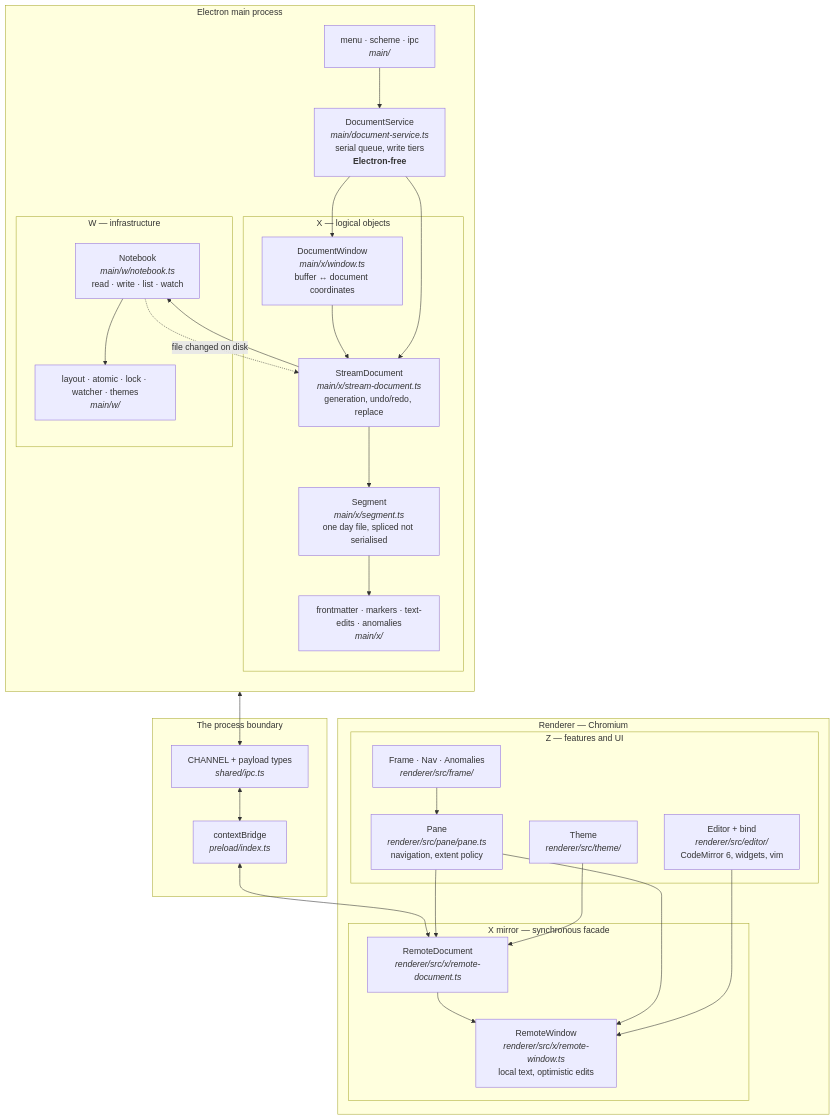
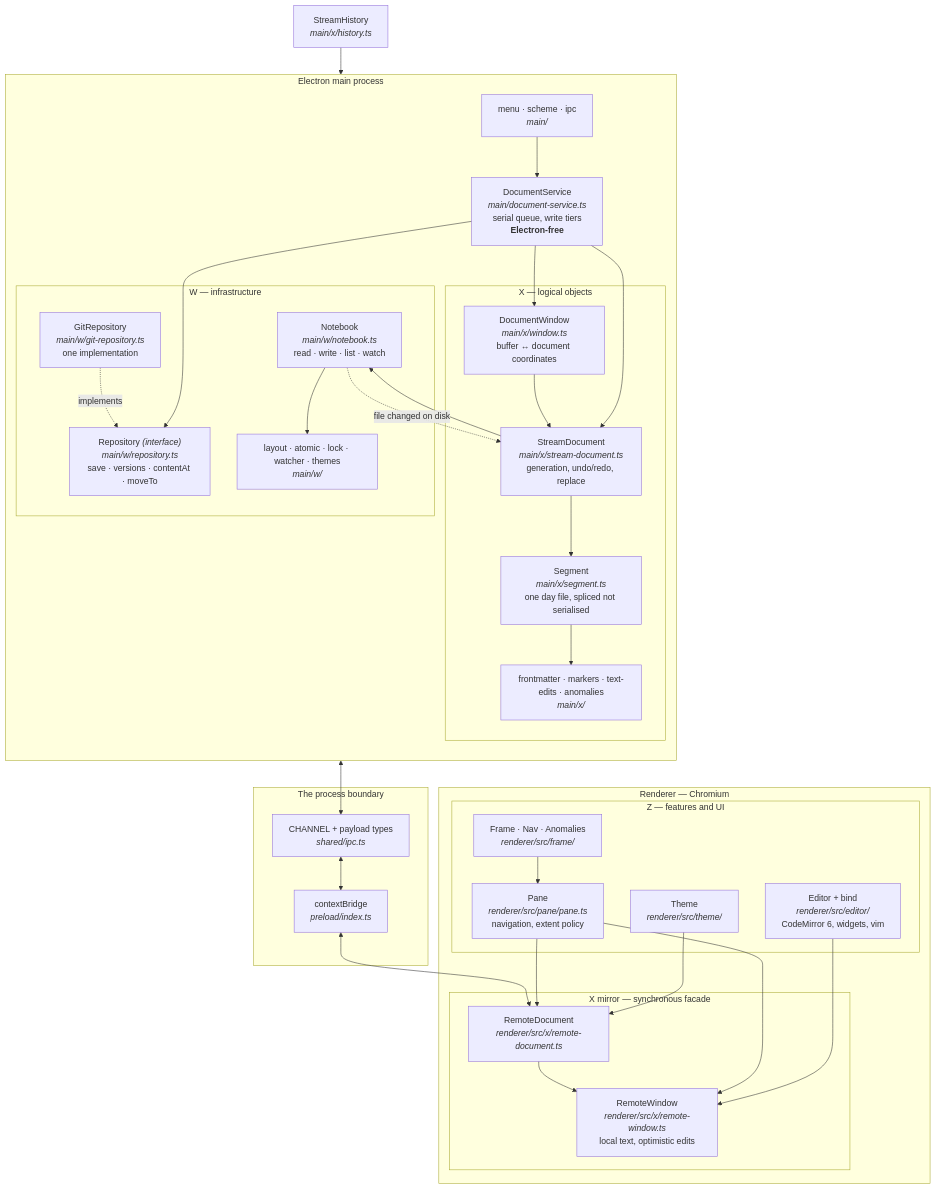
Before and after one commit to yonatanzunger/tephra: the diagram in .clarity-protocol/solution/architecture-as-built.md, drawn with Mermaid. The commit also changed other lines of this file and 10 other files, not shown here.

Commit message:
Fix the repo API to not leak its implementation.

````diff
--- a/.clarity-protocol/solution/architecture-as-built.md
+++ b/.clarity-protocol/solution/architecture-as-built.md
@@ -14,55 +14,60 @@
 ```mermaid
 flowchart TB
   subgraph MAIN["Electron main process"]
     direction TB
     subgraph X["X — logical objects"]
       SD["StreamDocument<br/><i>main/x/stream-document.ts</i><br/>generation, undo/redo, replace"]
       DW["DocumentWindow<br/><i>main/x/window.ts</i><br/>buffer ↔ document coordinates"]
       SEG["Segment<br/><i>main/x/segment.ts</i><br/>one day file, spliced not serialised"]
       PARSE["frontmatter · markers · text-edits · anomalies<br/><i>main/x/</i>"]
     end
     subgraph W["W — infrastructure"]
       NB["Notebook<br/><i>main/w/notebook.ts</i><br/>read · write · list · watch"]
+      REPO["Repository <i>(interface)</i><br/><i>main/w/repository.ts</i><br/>save · versions · contentAt · moveTo"]
+      GIT["GitRepository<br/><i>main/w/git-repository.ts</i><br/>one implementation"]
       WBITS["layout · atomic · lock · watcher · themes<br/><i>main/w/</i>"]
     end
     SVC["DocumentService<br/><i>main/document-service.ts</i><br/>serial queue, write tiers<br/><b>Electron-free</b>"]
     MENU["menu · scheme · ipc<br/><i>main/</i>"]
   end
 
   subgraph BRIDGE["The process boundary"]
     CH["CHANNEL + payload types<br/><i>shared/ipc.ts</i>"]
     PRE["contextBridge<br/><i>preload/index.ts</i>"]
   end
 
   subgraph REND["Renderer — Chromium"]
     subgraph XR["X mirror — synchronous facade"]
       RD["RemoteDocument<br/><i>renderer/src/x/remote-document.ts</i>"]
       RW["RemoteWindow<br/><i>renderer/src/x/remote-window.ts</i><br/>local text, optimistic edits"]
     end
     subgraph Z["Z — features and UI"]
       PANE["Pane<br/><i>renderer/src/pane/pane.ts</i><br/>navigation, extent policy"]
       ED["Editor + bind<br/><i>renderer/src/editor/</i><br/>CodeMirror 6, widgets, vim"]
       FR["Frame · Nav · Anomalies<br/><i>renderer/src/frame/</i>"]
       TH["Theme<br/><i>renderer/src/theme/</i>"]
     end
   end
 
   SD --> SEG
   DW --> SD
   SEG --> PARSE
   SD --> NB
+  GIT -.implements.-> REPO
+  HIST["StreamHistory<br/><i>main/x/history.ts</i>"] --> REPO
+  SVC --> REPO
   NB --> WBITS
   SVC --> SD
   SVC --> DW
   MENU --> SVC
   SVC <--> CH
   CH <--> PRE
   PRE <--> RD
   RD --> RW
   PANE --> RD
   PANE --> RW
   ED --> RW
   FR --> PANE
   TH --> RD
   NB -. "file changed on disk" .-> SD
 ```
````
